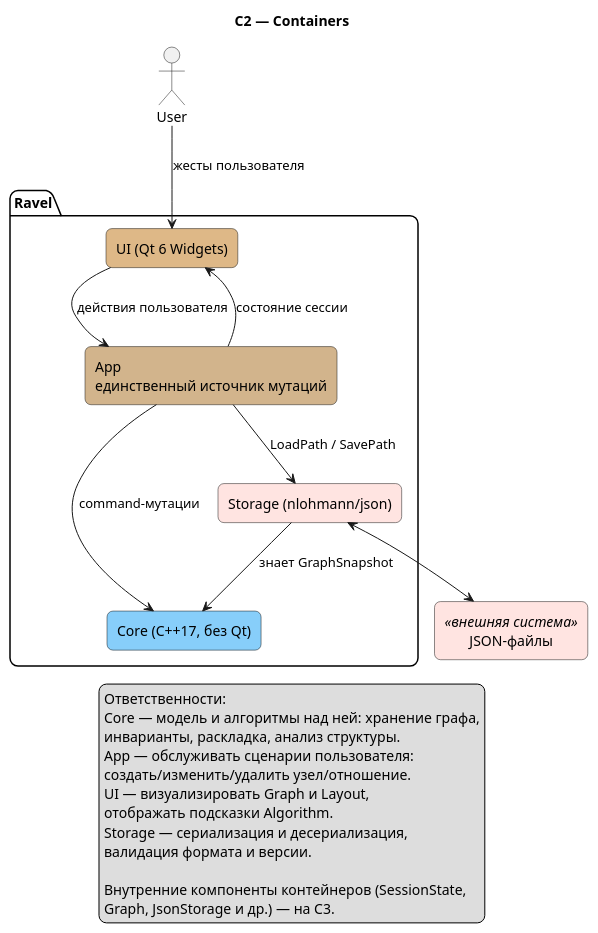
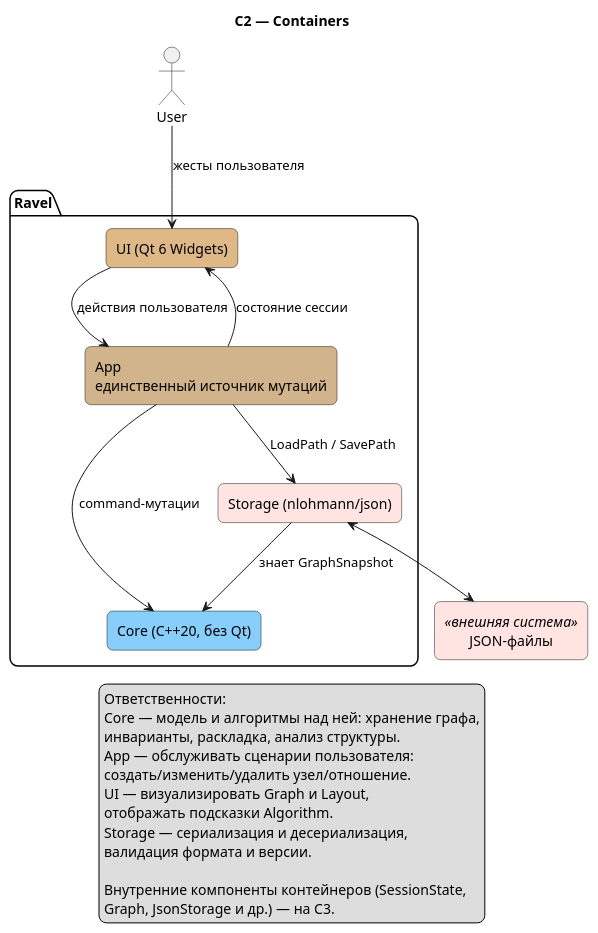
The diagram in docs/assets/c4/c2.puml (Anastas2817/ravel-kb), drawn with PlantUML before and after one commit. The commit also changed 3 other files, not shown here.

```diff
--- a/docs/assets/c4/c2.puml
+++ b/docs/assets/c4/c2.puml
@@ -1,50 +1,50 @@
 @startuml C2
 skinparam shadowing false
 skinparam componentStyle rectangle
 skinparam rectangle {
   RoundCorner 12
 }
 skinparam package {
   RoundCorner 16
 }
 skinparam legend {
   RoundCorner 12
 }
 top to bottom direction
 title C2 — Containers
 
 actor "User" as User
 
 package "Ravel" {
 
   rectangle "UI (Qt 6 Widgets)" as UI #BurlyWood
   rectangle "App\nединственный источник мутаций" as App #Tan
-  rectangle "Core (C++17, без Qt)" as Core #LightSkyBlue
+  rectangle "Core (C++20, без Qt)" as Core #LightSkyBlue
   rectangle "Storage (nlohmann/json)" as Storage #MistyRose
 }
 
 rectangle "JSON-файлы" as Json <<внешняя система>> #MistyRose
 
 User --> UI : жесты пользователя
 UI --> App : действия пользователя
 App --> UI : состояние сессии
 App --> Core : command-мутации
 Storage --> Core : знает GraphSnapshot
 App --> Storage : LoadPath / SavePath
 Storage <--> Json
 
 legend bottom
   Ответственности:
   Core — модель и алгоритмы над ней: хранение графа,
   инварианты, раскладка, анализ структуры.
   App — обслуживать сценарии пользователя:
   создать/изменить/удалить узел/отношение.
   UI — визуализировать Graph и Layout,
   отображать подсказки Algorithm.
   Storage — сериализация и десериализация,
   валидация формата и версии.
 
   Внутренние компоненты контейнеров (SessionState,
   Graph, JsonStorage и др.) — на C3.
 end legend
 @enduml
```
